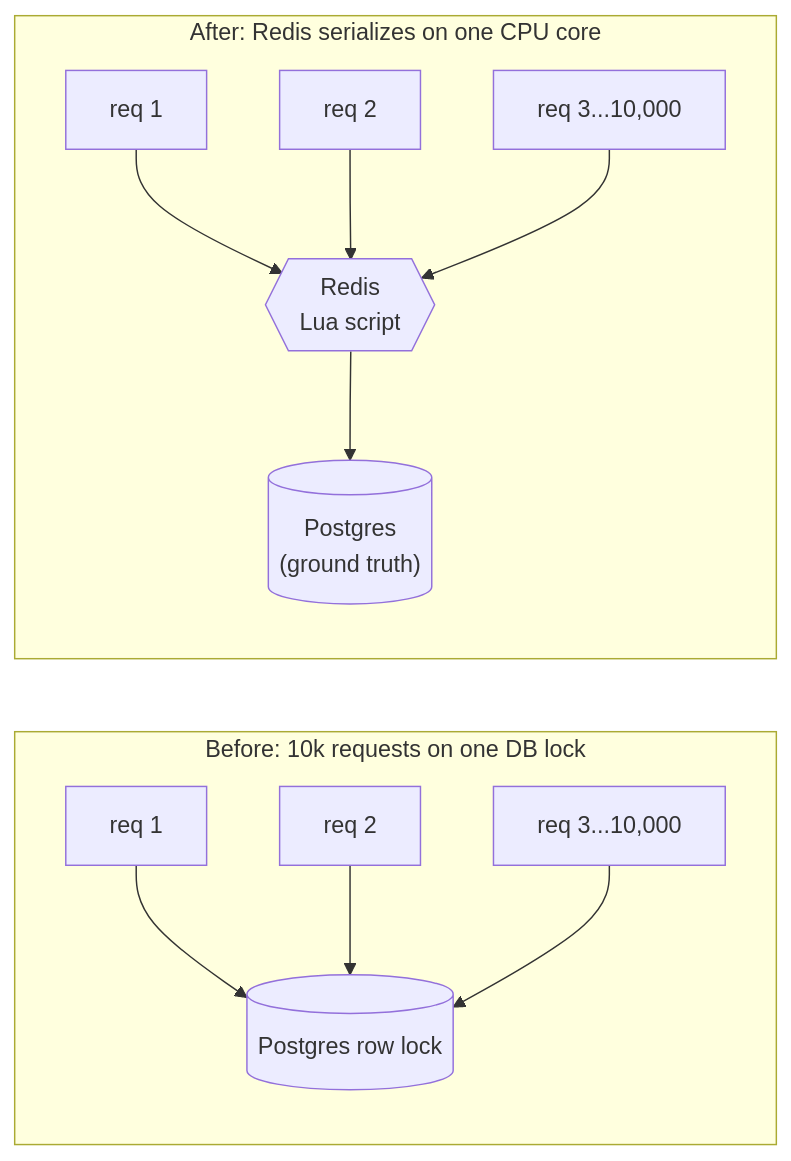
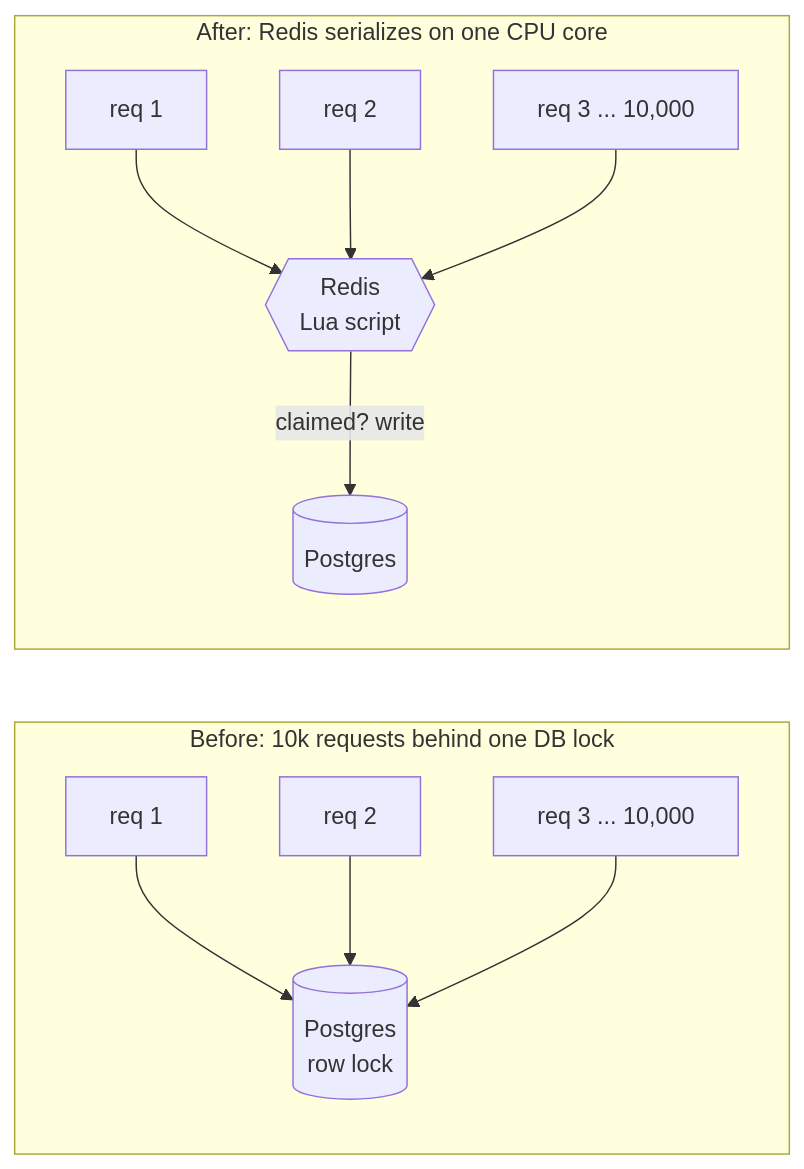
One commit to shiningflash/system-design changed the fourth of 11 diagrams in problems/014-coupon-redemption/question.md. Above: the diagram before and after it, drawn with Mermaid. The commit also changed other lines of this file and 37 other files, not shown here.

````diff
--- a/problems/014-coupon-redemption/question.md
+++ b/problems/014-coupon-redemption/question.md
@@ -196,14 +168,14 @@
 ```mermaid
 flowchart LR
-    subgraph Before["Before: 10k requests on one DB lock"]
-        B1[req 1] --> Lock[("Postgres row lock")]
+    subgraph Before["Before: 10k requests behind one DB lock"]
+        B1[req 1] --> Lock[("Postgres<br/>row lock")]
         B2[req 2] --> Lock
-        B3["req 3...10,000"] --> Lock
+        B3["req 3 ... 10,000"] --> Lock
     end
     subgraph After["After: Redis serializes on one CPU core"]
         A1[req 1] --> Lua{{"Redis<br/>Lua script"}}
         A2[req 2] --> Lua
-        A3["req 3...10,000"] --> Lua
-        Lua --> DB2[("Postgres<br/>(ground truth)")]
+        A3["req 3 ... 10,000"] --> Lua
+        Lua -->|"claimed? write"| DB2[("Postgres")]
     end
 ```
````
